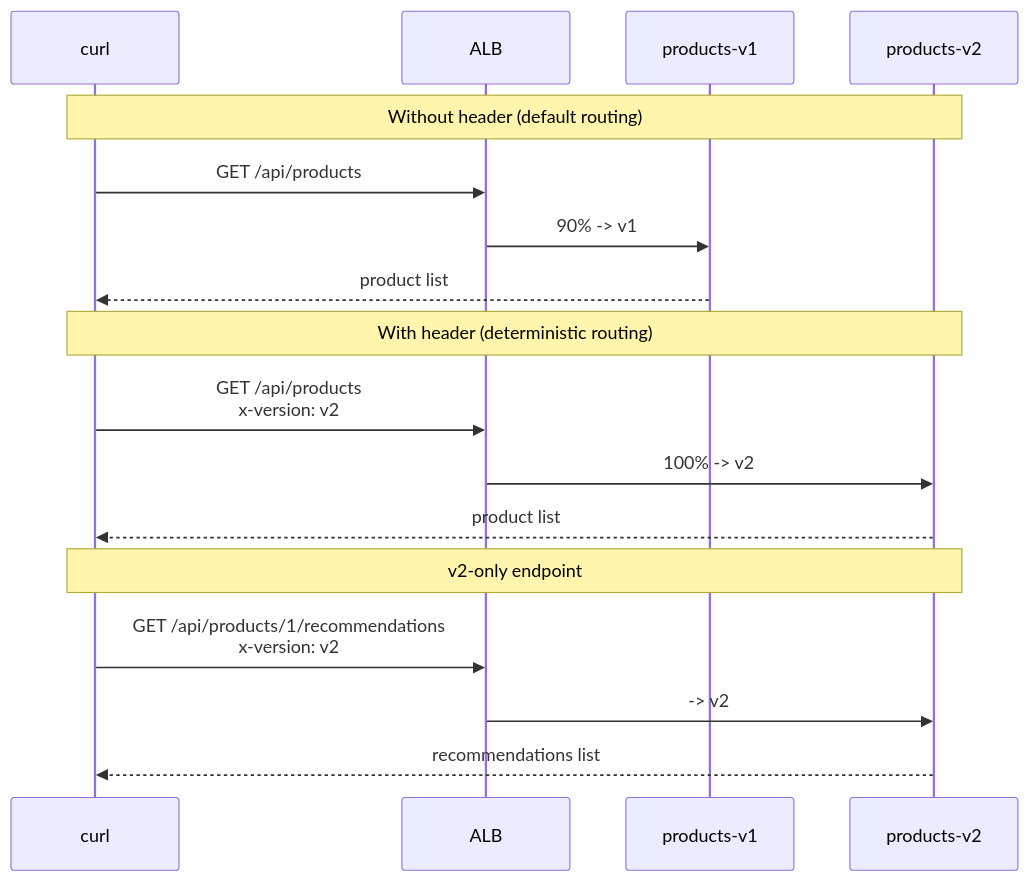
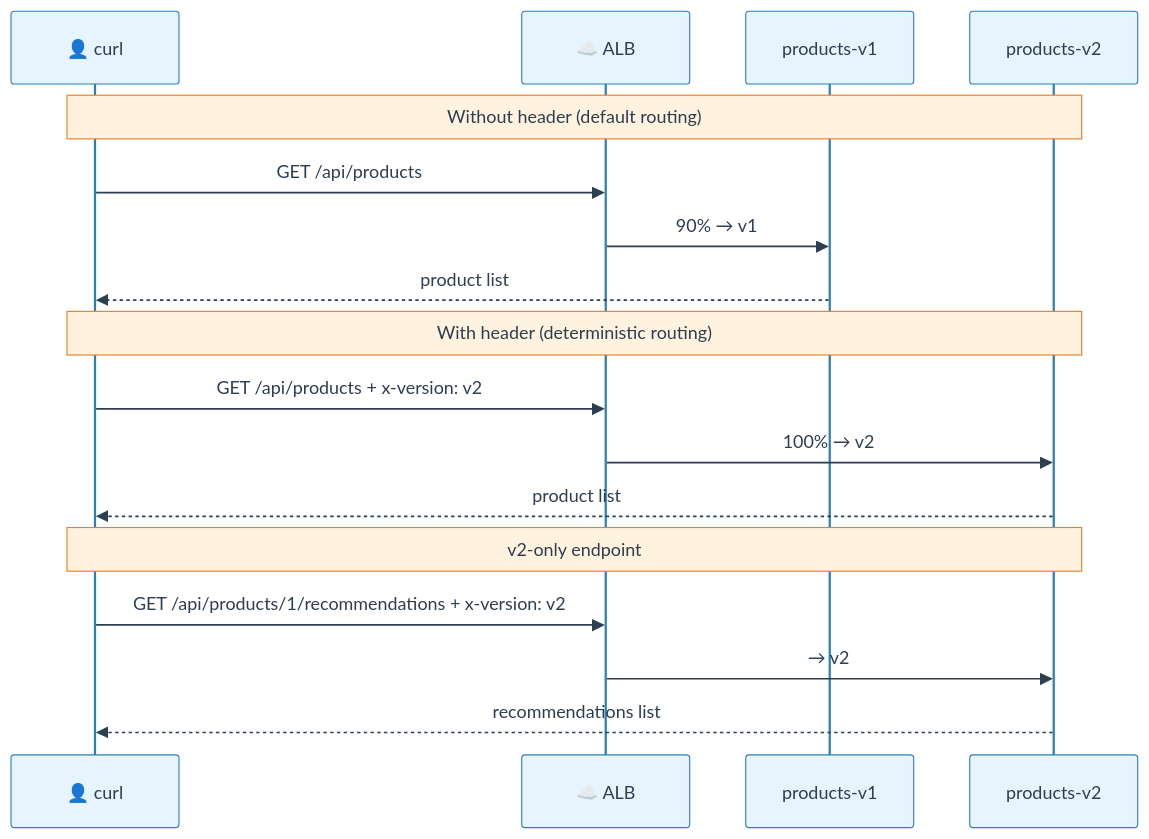
One commit to DKT-AI/gateway-api-migration-demo changed the third of 5 diagrams in docs/labs/lab-03-demo-scenarios.md. Above: the diagram before and after it, drawn with Mermaid. The commit also changed other lines of this file and 4 other files, not shown here.

First line of the commit message:
Style all mermaid diagrams with ocean palette for GitHub

````diff
--- a/docs/labs/lab-03-demo-scenarios.md
+++ b/docs/labs/lab-03-demo-scenarios.md
@@ -100,22 +113,23 @@
 ```mermaid
+%%{init: {'theme': 'base', 'themeVariables': {'primaryColor': '#E8F4FD', 'primaryTextColor': '#2C3E50', 'primaryBorderColor': '#2980B9', 'lineColor': '#7F8C8D', 'secondaryColor': '#F0F7EE', 'tertiaryColor': '#F3E8FF', 'actorBkg': '#E8F4FD', 'actorBorder': '#2980B9', 'actorTextColor': '#2C3E50', 'signalColor': '#2C3E50', 'signalTextColor': '#2C3E50', 'noteBkgColor': '#FFF3E0', 'noteTextColor': '#2C3E50', 'noteBorderColor': '#E67E22'}}}%%
 sequenceDiagram
-    participant C as curl
-    participant ALB as ALB
+    participant C as 👤 curl
+    participant ALB as ☁️ ALB
     participant V1 as products-v1
     participant V2 as products-v2
 
     Note over C,V2: Without header (default routing)
     C->>ALB: GET /api/products
-    ALB->>V1: 90% -> v1
+    ALB->>V1: 90% → v1
     V1-->>C: product list
 
     Note over C,V2: With header (deterministic routing)
-    C->>ALB: GET /api/products<br/>x-version: v2
-    ALB->>V2: 100% -> v2
+    C->>ALB: GET /api/products + x-version: v2
+    ALB->>V2: 100% → v2
     V2-->>C: product list
 
     Note over C,V2: v2-only endpoint
-    C->>ALB: GET /api/products/1/recommendations<br/>x-version: v2
-    ALB->>V2: -> v2
+    C->>ALB: GET /api/products/1/recommendations + x-version: v2
+    ALB->>V2: → v2
     V2-->>C: recommendations list
 ```
````
